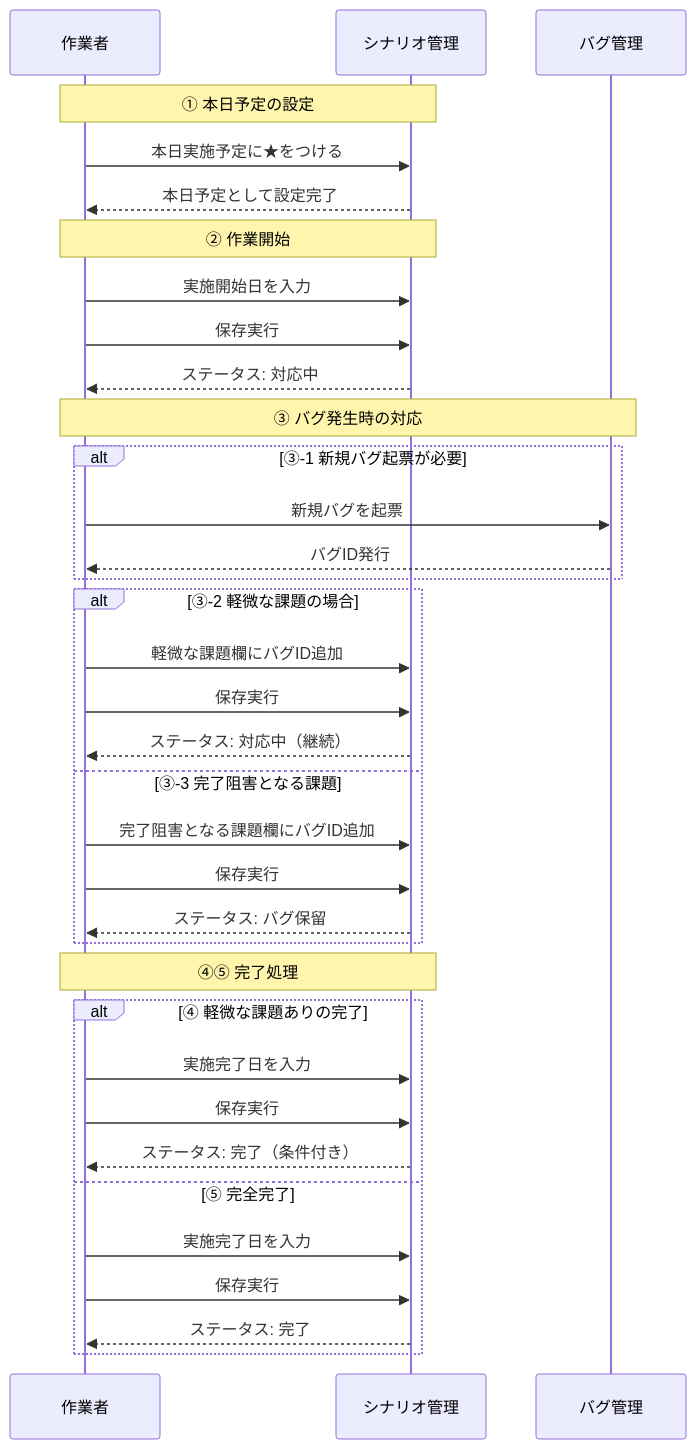
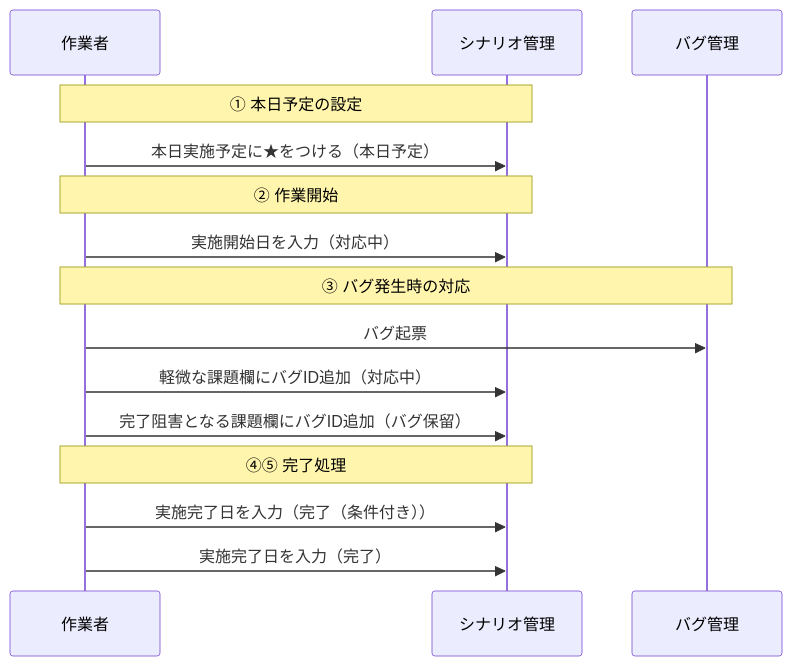
The first of 3 diagrams in addin/Scenario/作業フロー.md (ymatsuda-cmyk/tools), drawn with Mermaid before and after one commit. The commit also changed other lines of this file and 2 other files, not shown here.

````diff
--- a/addin/Scenario/作業フロー.md
+++ b/addin/Scenario/作業フロー.md
@@ -5,44 +5,24 @@
 ```mermaid
 sequenceDiagram
     participant U as 作業者
     participant S as シナリオ管理
     participant B as バグ管理
     
     Note over U,S: ① 本日予定の設定
-    U->>S: 本日実施予定に★をつける
-    S-->>U: 本日予定として設定完了
+    U->>S: 本日実施予定に★をつける（本日予定）
     
     Note over U,S: ② 作業開始
-    U->>S: 実施開始日を入力
-    U->>S: 保存実行
-    S-->>U: ステータス: 対応中
+    U->>S: 実施開始日を入力（対応中）
     
     Note over U,B: ③ バグ発生時の対応
+    U->>B: バグ起票
     
-    alt ③-1 新規バグ起票が必要
-        U->>B: 新規バグを起票
-        B-->>U: バグID発行
-    end
-    
-    alt ③-2 軽微な課題の場合
-        U->>S: 軽微な課題欄にバグID追加
-        U->>S: 保存実行
-        S-->>U: ステータス: 対応中（継続）
-    else ③-3 完了阻害となる課題
-        U->>S: 完了阻害となる課題欄にバグID追加
-        U->>S: 保存実行
-        S-->>U: ステータス: バグ保留
-    end
+    U->>S: 軽微な課題欄にバグID追加（対応中）
+    U->>S: 完了阻害となる課題欄にバグID追加（バグ保留）
     
     Note over U,S: ④⑤ 完了処理
     
-    alt ④ 軽微な課題ありの完了
-        U->>S: 実施完了日を入力
-        U->>S: 保存実行
-        S-->>U: ステータス: 完了（条件付き）
-    else ⑤ 完全完了
-        U->>S: 実施完了日を入力  
-        U->>S: 保存実行
-        S-->>U: ステータス: 完了
-    end
+    U->>S: 実施完了日を入力（完了（条件付き））
+    U->>S: 実施完了日を入力（完了）
+
 ```
````
